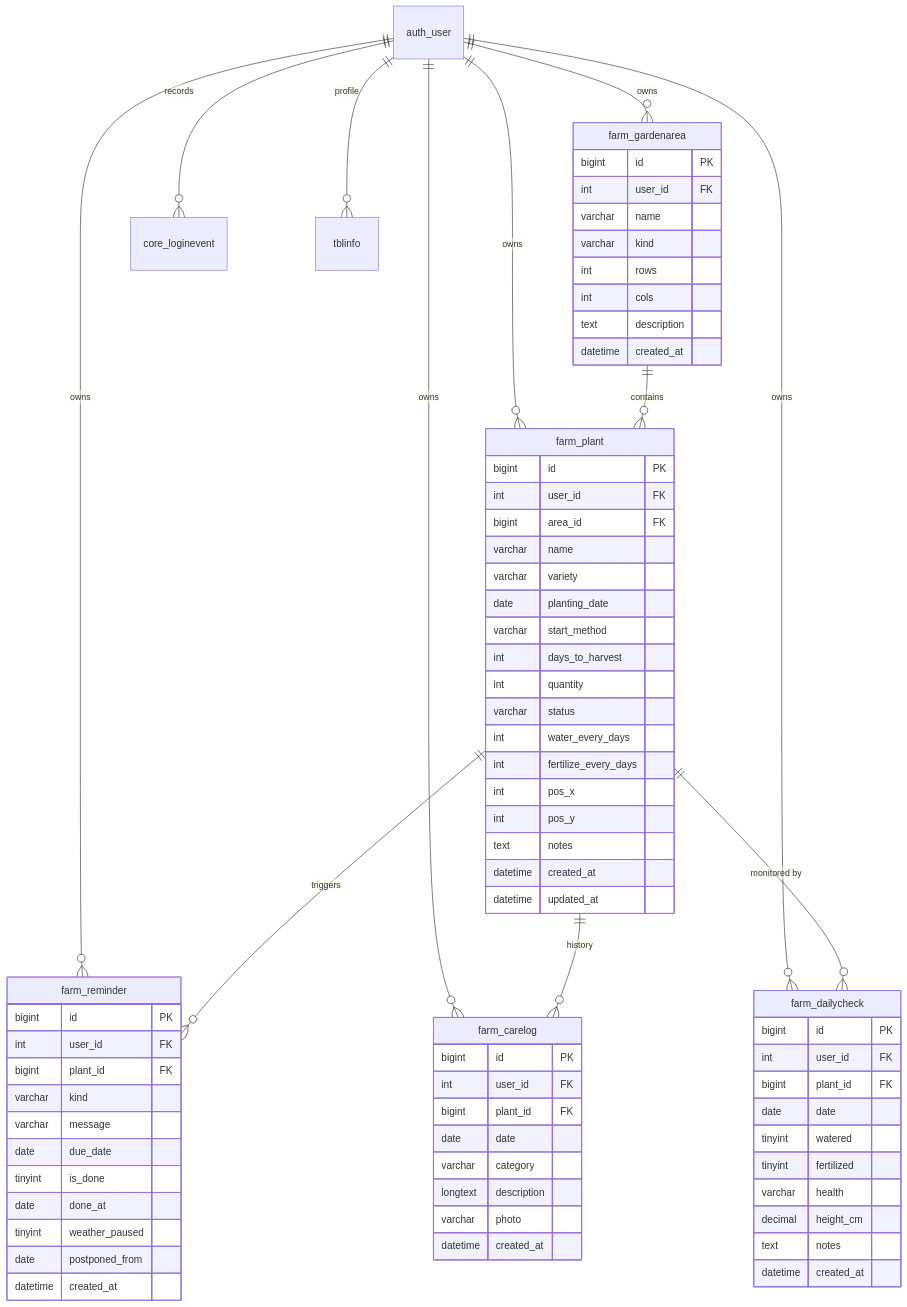
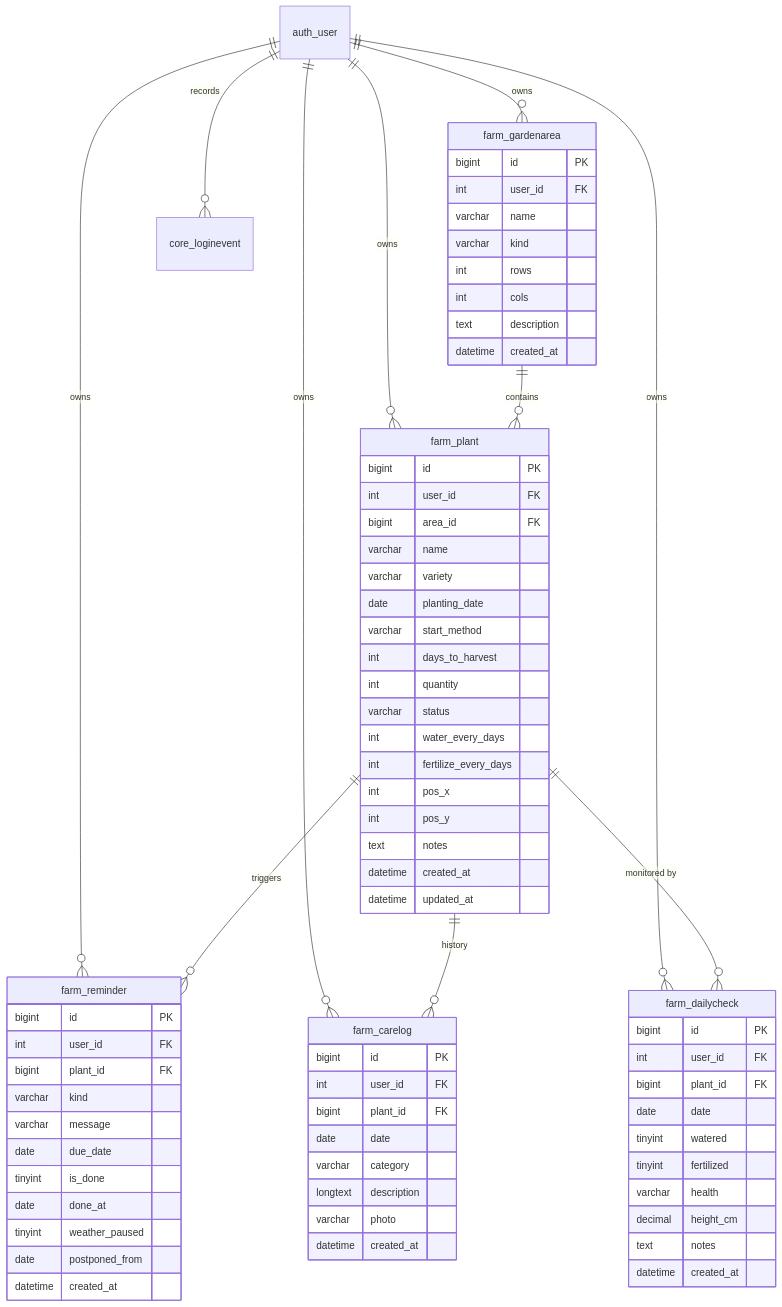
Before and after one commit to Aceggwp/BSIT3B-DJANGO-MOSQUERA-FARM-LOG: the diagram in docs/initial-table-design.md, drawn with Mermaid. The commit also changed other lines of this file and 34 other files, not shown here.

````diff
--- a/docs/initial-table-design.md
+++ b/docs/initial-table-design.md
@@ -10,80 +10,79 @@
 ```mermaid
 erDiagram
     auth_user ||--o{ farm_gardenarea : "owns"
     auth_user ||--o{ farm_plant : "owns"
     auth_user ||--o{ farm_reminder : "owns"
     auth_user ||--o{ farm_carelog : "owns"
     auth_user ||--o{ farm_dailycheck : "owns"
     auth_user ||--o{ core_loginevent : "records"
-    auth_user ||--o{ tblinfo : "profile"
 
     farm_gardenarea ||--o{ farm_plant : "contains"
     farm_plant ||--o{ farm_reminder : "triggers"
     farm_plant ||--o{ farm_carelog : "history"
     farm_plant ||--o{ farm_dailycheck : "monitored by"
 
     farm_gardenarea {
         bigint id PK
         int user_id FK
         varchar name
         varchar kind
         int rows
         int cols
         text description
         datetime created_at
     }
     farm_plant {
         bigint id PK
         int user_id FK
         bigint area_id FK
         varchar name
         varchar variety
         date planting_date
         varchar start_method
         int days_to_harvest
         int quantity
         varchar status
         int water_every_days
         int fertilize_every_days
         int pos_x
         int pos_y
         text notes
         datetime created_at
         datetime updated_at
     }
     farm_reminder {
         bigint id PK
         int user_id FK
         bigint plant_id FK
         varchar kind
         varchar message
         date due_date
         tinyint is_done
         date done_at
         tinyint weather_paused
         date postponed_from
         datetime created_at
     }
     farm_carelog {
         bigint id PK
         int user_id FK
         bigint plant_id FK
         date date
         varchar category
         longtext description
         varchar photo
         datetime created_at
     }
     farm_dailycheck {
         bigint id PK
         int user_id FK
         bigint plant_id FK
         date date
         tinyint watered
         tinyint fertilized
         varchar health
         decimal height_cm
         text notes
         datetime created_at
     }
 ```
````
